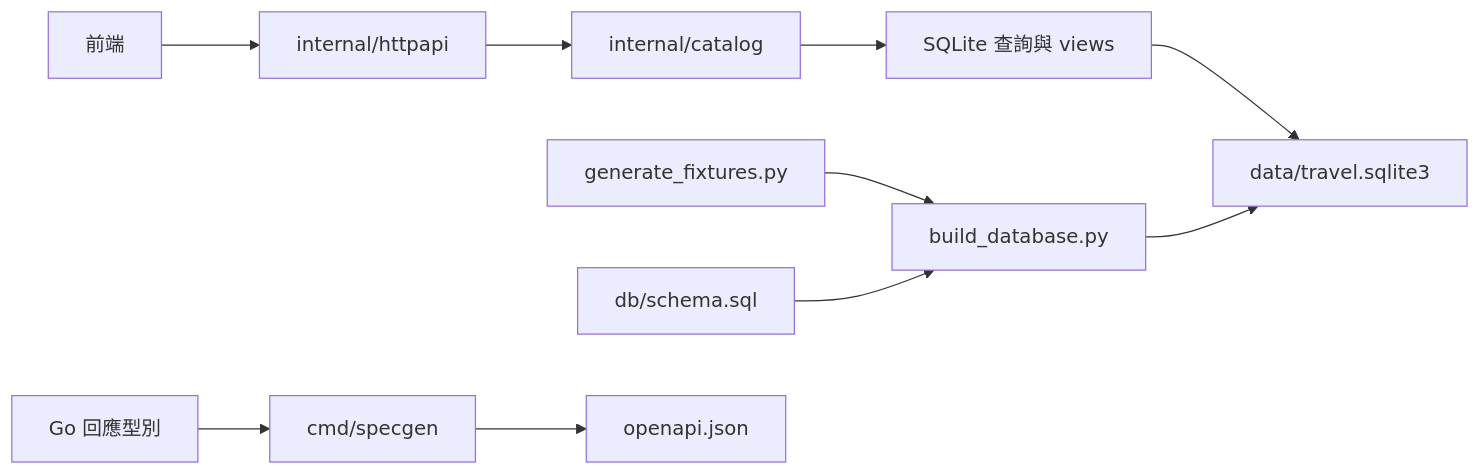
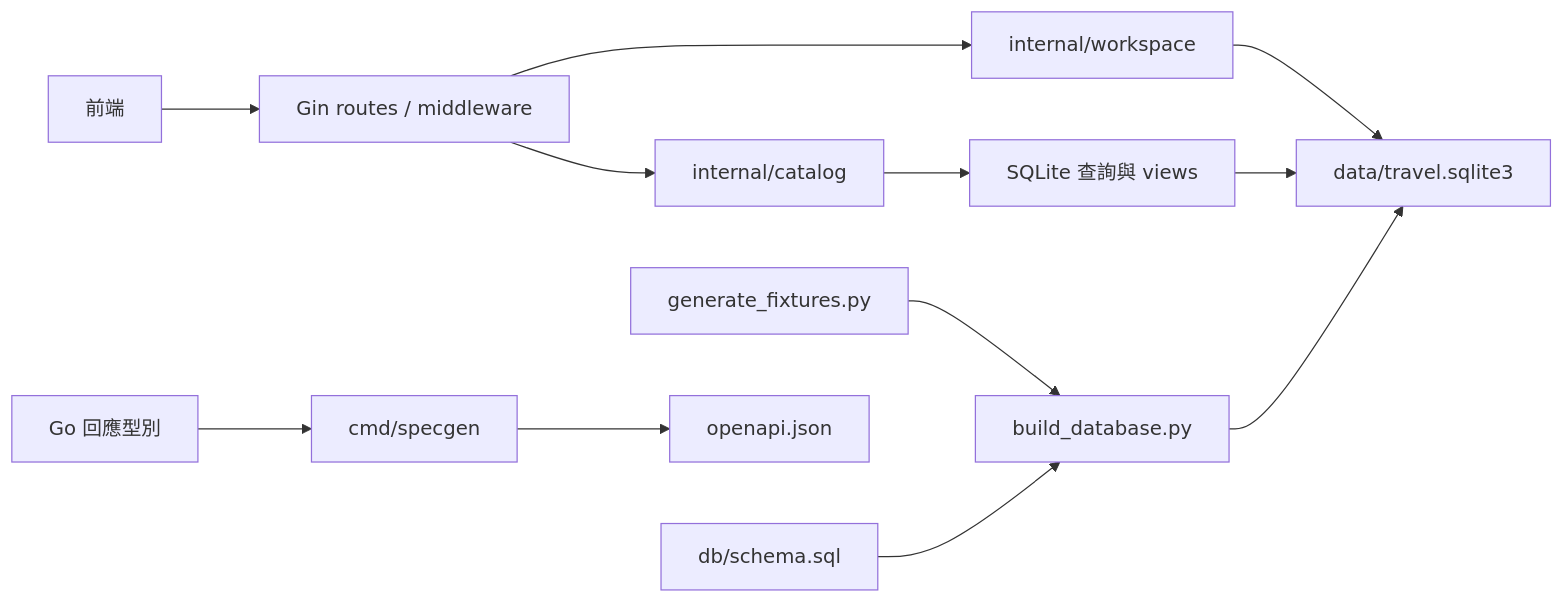
The diagram in docs/architecture.md (aqutw/travel-golang-api), drawn with Mermaid before and after one commit. The commit also changed other lines of this file and 30 other files, not shown here.

````diff
--- a/docs/architecture.md
+++ b/docs/architecture.md
@@ -5,12 +5,14 @@
 ```mermaid
 flowchart LR
-    UI[前端] --> HTTP[internal/httpapi]
+    UI[前端] --> HTTP[Gin routes / middleware]
     HTTP --> Catalog[internal/catalog]
+    HTTP --> Workspace[internal/workspace]
+    Workspace --> DB
     Catalog --> SQL[SQLite 查詢與 views]
     SQL --> DB[data/travel.sqlite3]
     Generator[generate_fixtures.py] --> Builder[build_database.py]
     Schema[db/schema.sql] --> Builder
     Builder --> DB
     Types[Go 回應型別] --> Specgen[cmd/specgen]
     Specgen --> OpenAPI[openapi.json]
 ```
````
